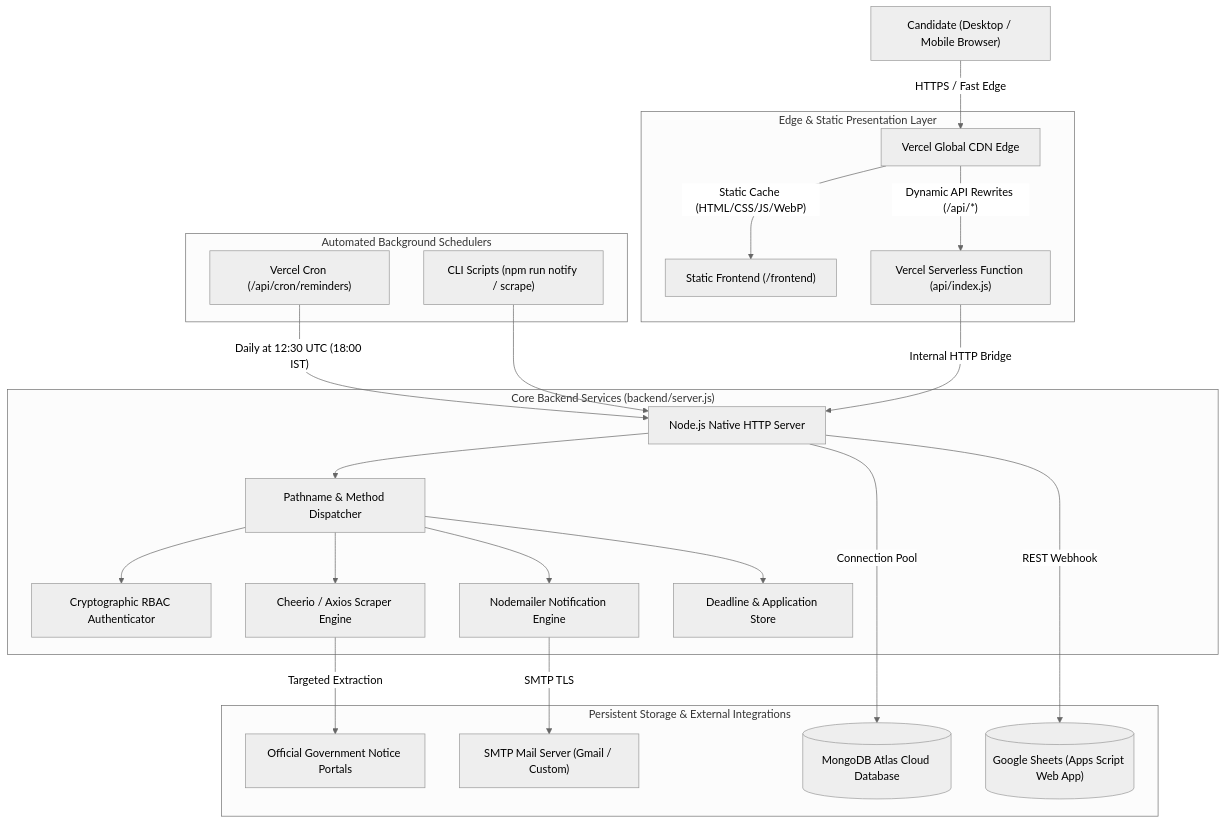
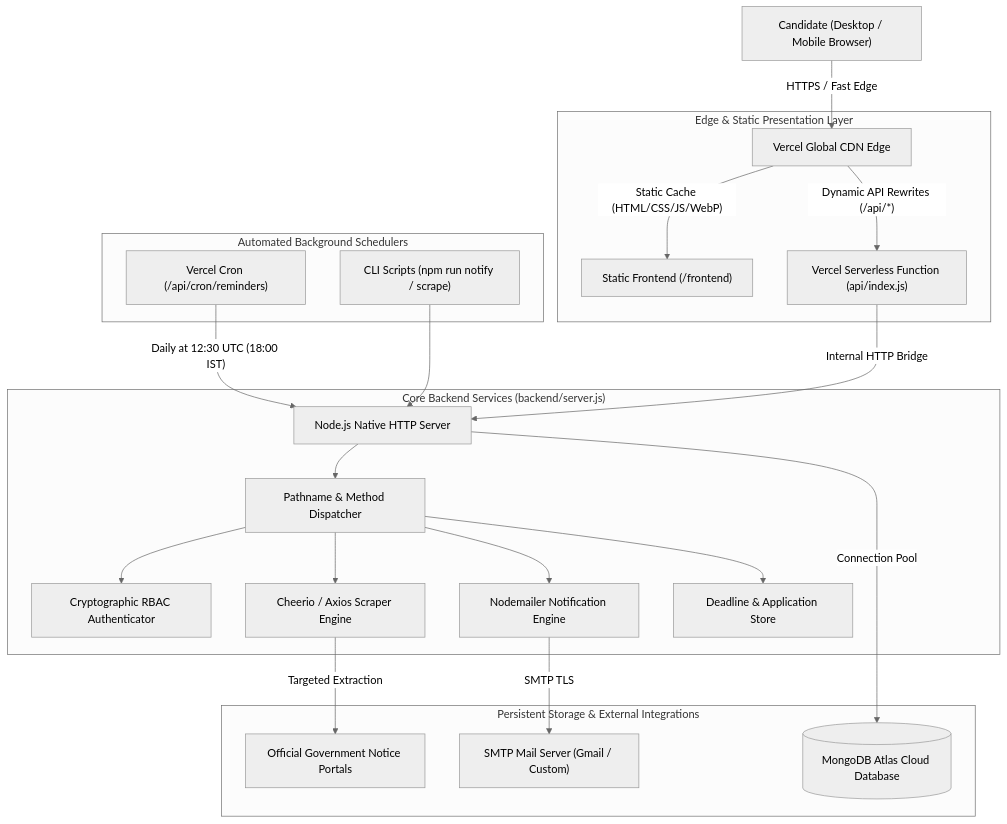
Before and after one commit to Inscrutable21/Sarkari_Result: the first of 3 diagrams in README.md, drawn with Mermaid (neutral theme). The commit also changed other lines of this file and 11 other files, not shown here.

````diff
--- a/README.md
+++ b/README.md
@@ -111,30 +110,29 @@
 ```mermaid
 graph TD
     UserClient["Candidate (Desktop / Mobile Browser)"] -->|"HTTPS / Fast Edge"| VercelEdge["Vercel Global CDN Edge"]
     
     subgraph "Edge & Static Presentation Layer"
         VercelEdge -->|"Static Cache (HTML/CSS/JS/WebP)"| StaticAssets["Static Frontend (/frontend)"]
         VercelEdge -->|"Dynamic API Rewrites (/api/*)"| ServerlessGateway["Vercel Serverless Function (api/index.js)"]
     end
 
     subgraph "Core Backend Services (backend/server.js)"
         ServerlessGateway -->|"Internal HTTP Bridge"| NodeServer["Node.js Native HTTP Server"]
         NodeServer --> Router["Pathname & Method Dispatcher"]
         Router --> AuthModule["Cryptographic RBAC Authenticator"]
         Router --> ScraperModule["Cheerio / Axios Scraper Engine"]
         Router --> NotifyModule["Nodemailer Notification Engine"]
         Router --> TrackerModule["Deadline & Application Store"]
     end
 
     subgraph "Persistent Storage & External Integrations"
         NodeServer -->|"Connection Pool"| MongoDB[("MongoDB Atlas Cloud Database")]
-        NodeServer -->|"REST Webhook"| GoogleSheets[("Google Sheets (Apps Script Web App)")]
         NotifyModule -->|"SMTP TLS"| EmailRelay["SMTP Mail Server (Gmail / Custom)"]
         ScraperModule -->|"Targeted Extraction"| ExternalGovPortals["Official Government Notice Portals"]
     end
 
     subgraph "Automated Background Schedulers"
         VercelCron["Vercel Cron (/api/cron/reminders)"] -->|"Daily at 12:30 UTC (18:00 IST)"| NodeServer
         LocalCLI["CLI Scripts (npm run notify / scrape)"] --> NodeServer
     end
 ```
````
